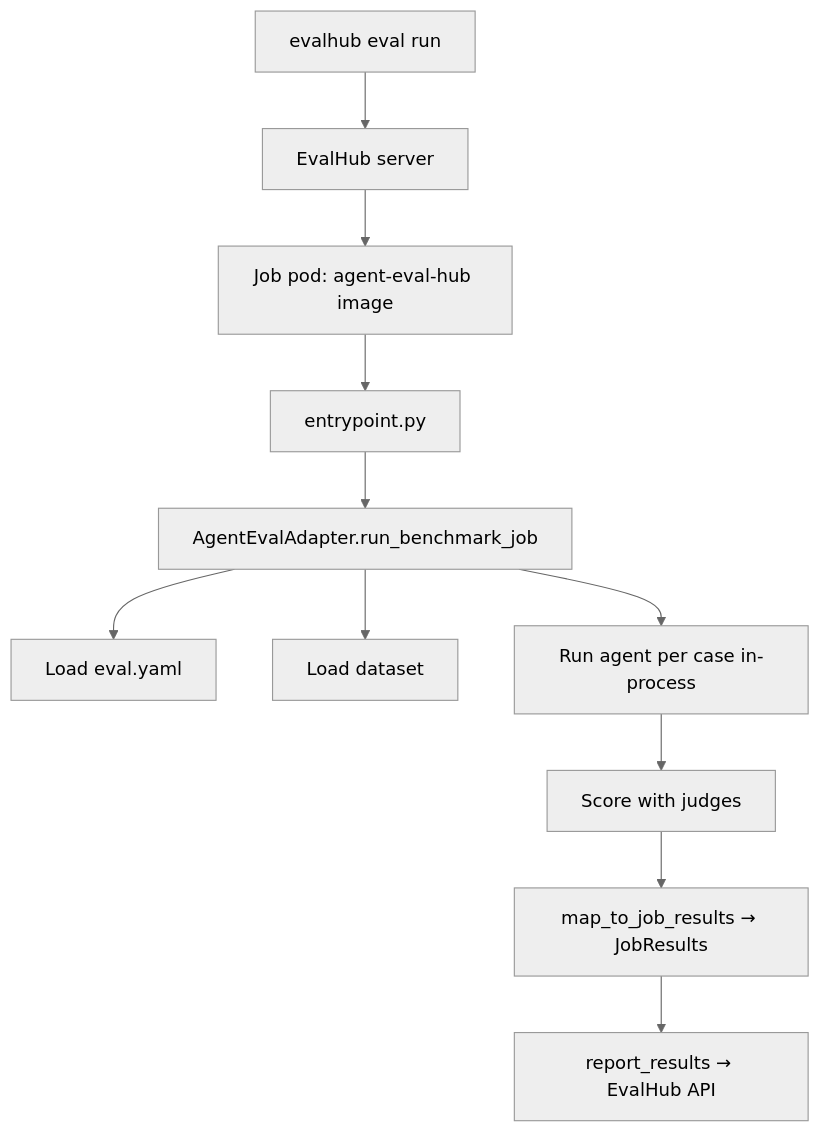
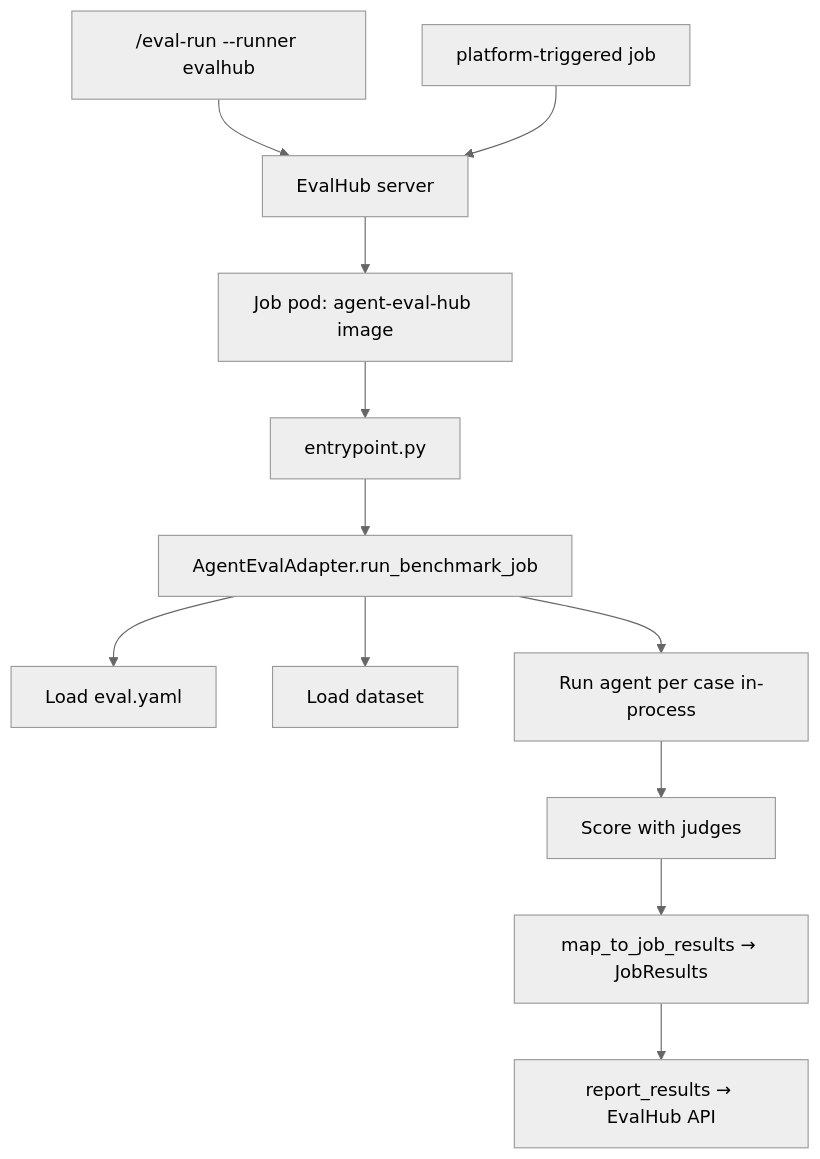
Before and after one commit to GuyZivRH/agent-eval-harness: the diagram in website/guides/evalhub.md, drawn with Mermaid (neutral theme). The commit also changed 2 other files, not shown here.

Commit message:
docs: address CodeRabbit nits on backends, CI, and EvalHub
Clarify EvalHub platform trigger alongside --runner, mark the CI
workflow as pseudocode without a forced exit 1, and sync the EvalHub
architecture diagram with /eval-run --runner evalhub.

````diff
--- a/website/guides/evalhub.md
+++ b/website/guides/evalhub.md
@@ -22,13 +22,14 @@
 ```mermaid
 flowchart TD
-    A[evalhub eval run] --> B[EvalHub server]
+    A["/eval-run --runner evalhub"] --> B[EvalHub server]
+    P[platform-triggered job] --> B
     B --> C[Job pod: agent-eval-hub image]
     C --> D[entrypoint.py]
     D --> E[AgentEvalAdapter.run_benchmark_job]
     E --> F[Load eval.yaml]
     E --> G[Load dataset]
     E --> H[Run agent per case in-process]
     H --> I[Score with judges]
     I --> J[map_to_job_results → JobResults]
     J --> K[report_results → EvalHub API]
 ```
````
